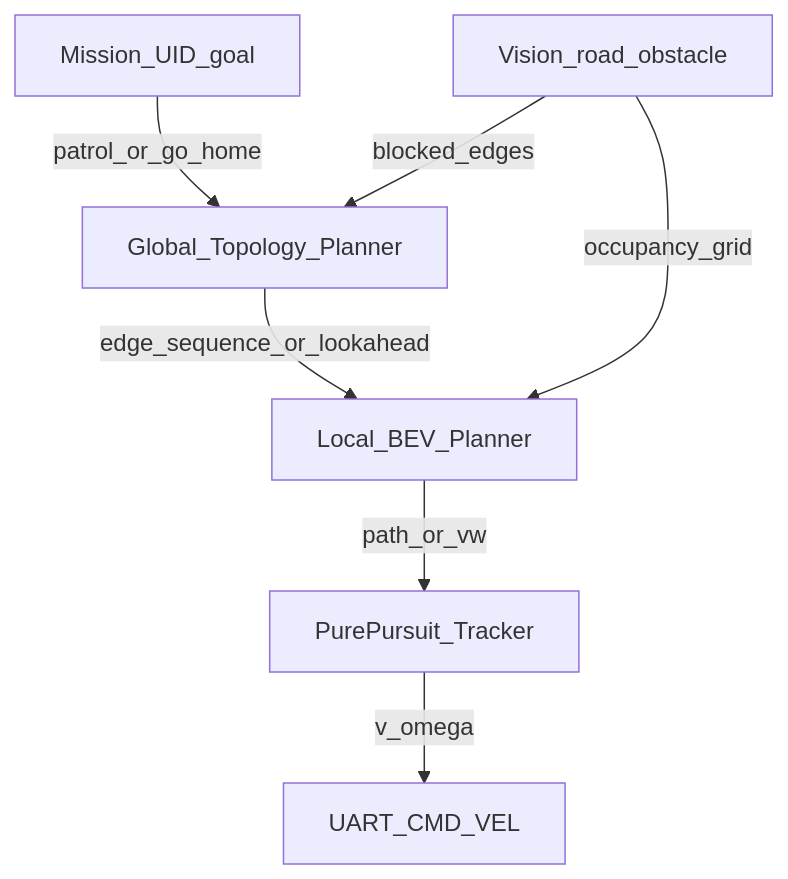
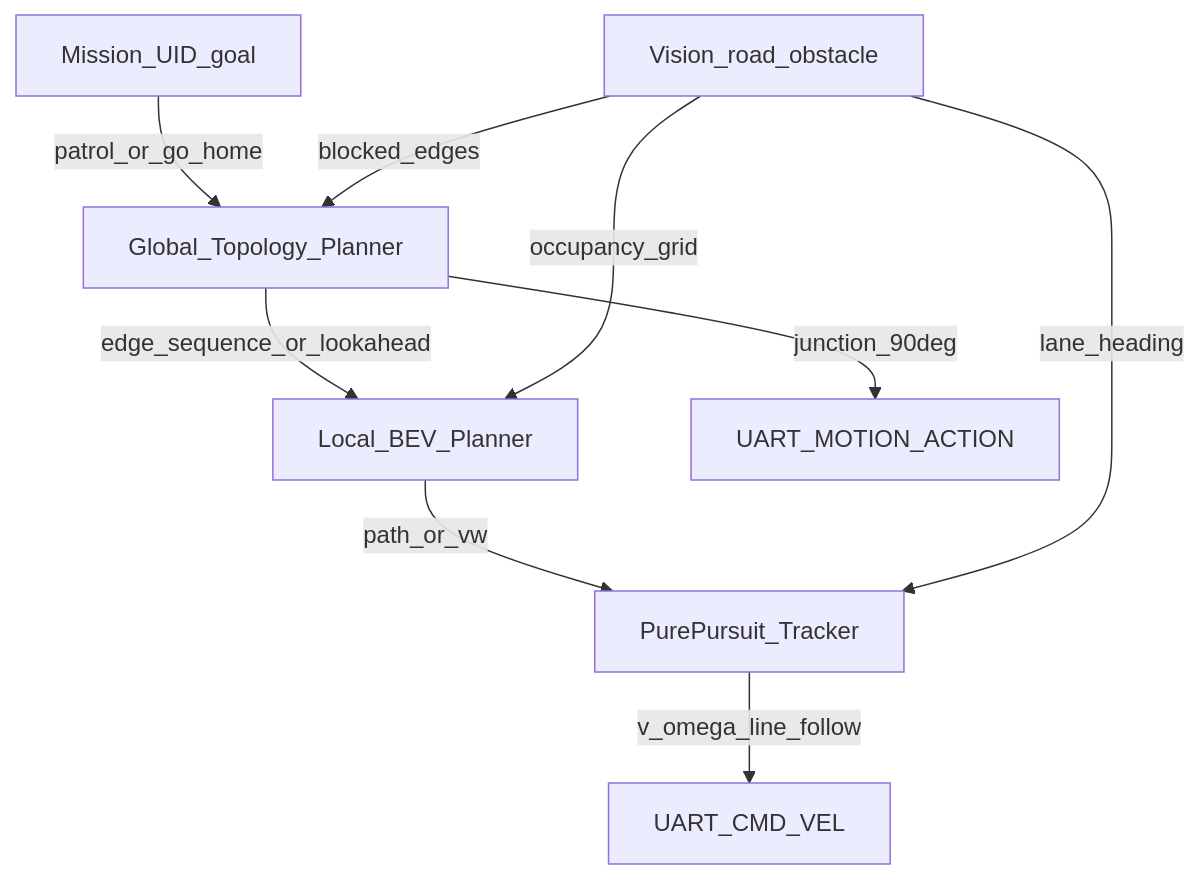
The first of 2 diagrams in docs/nav.md (Louis-24000614/pi_upper), drawn with Mermaid before and after one commit. The commit also changed other lines of this file and 84 other files, not shown here.

````diff
--- a/docs/nav.md
+++ b/docs/nav.md
@@ -53,16 +56,19 @@
 ```mermaid
 flowchart TB
   mission[Mission_UID_goal]
   global[Global_Topology_Planner]
   local[Local_BEV_Planner]
   track[PurePursuit_Tracker]
-  uart[UART_CMD_VEL]
+  uartVel[UART_CMD_VEL]
+  uartAct[UART_MOTION_ACTION]
   perc[Vision_road_obstacle]
 
   mission -->|"patrol_or_go_home"| global
   global -->|"edge_sequence_or_lookahead"| local
   local -->|"path_or_vw"| track
-  track -->|"v_omega"| uart
+  track -->|"v_omega_line_follow"| uartVel
+  global -->|"junction_90deg"| uartAct
   perc -->|"blocked_edges"| global
   perc -->|"occupancy_grid"| local
+  perc -->|"lane_heading"| track
 ```
````
